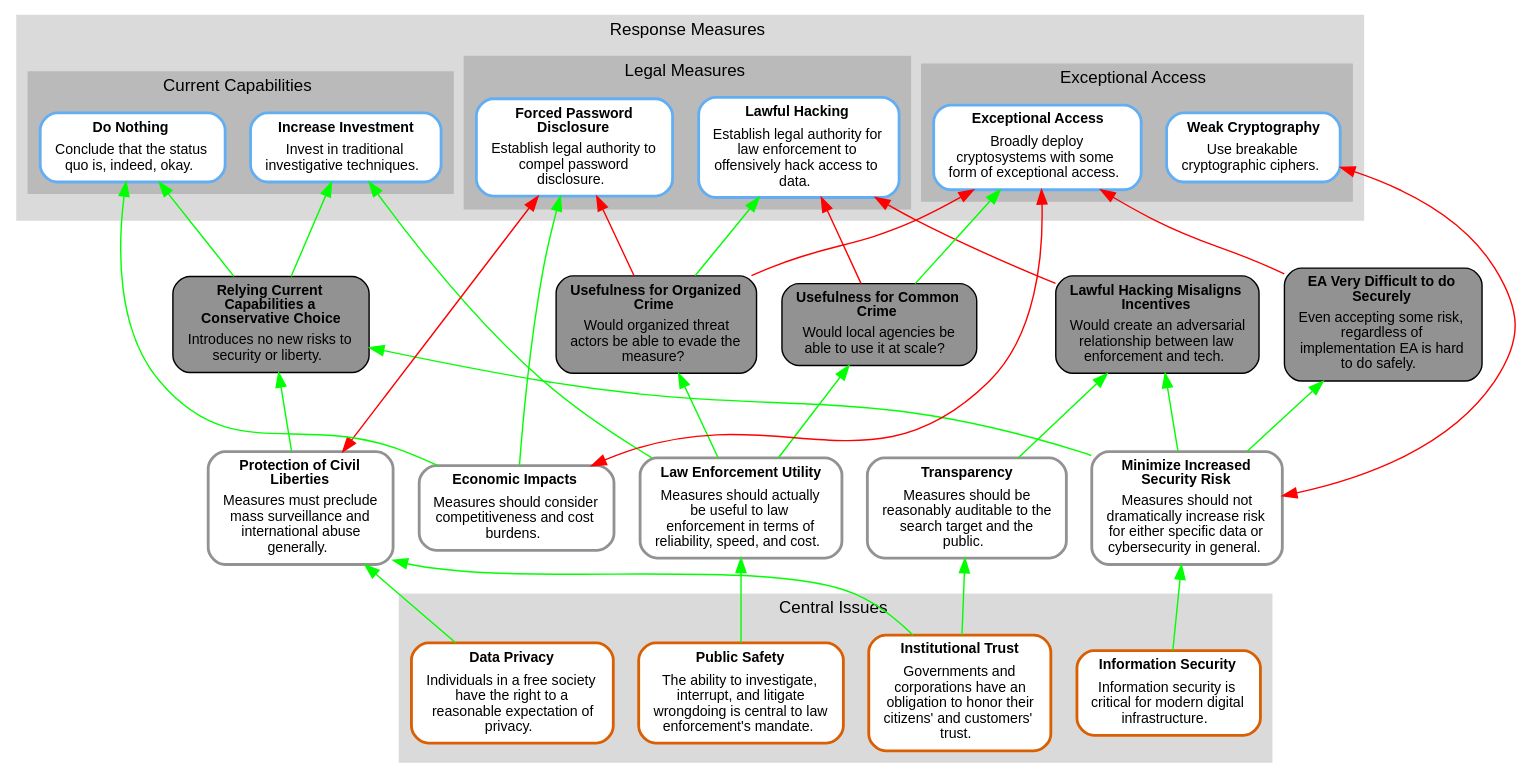
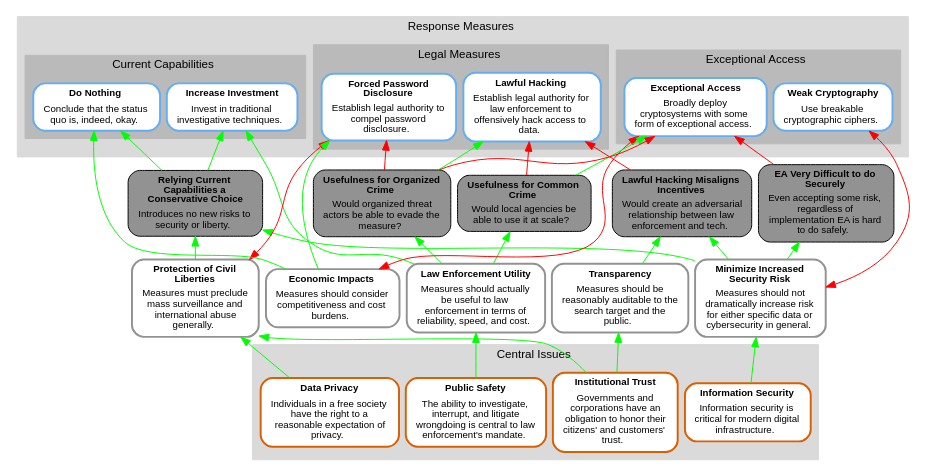
One commit to kkredit/confronting-wicked-crypto changed the diagram in articles/tots-ieee/figures/dot/comprehensive.measures.dot. Above: the diagram before and after it, drawn with Graphviz. The commit also changed 5 other files, not shown here.

Commit message:
modified dot files for more compact graphs

```diff
--- a/articles/tots-ieee/figures/dot/comprehensive.measures.dot
+++ b/articles/tots-ieee/figures/dot/comprehensive.measures.dot
@@ -1,10 +1,11 @@
 digraph "Argument Map" {
 
-ranksep = "0.7";
+ranksep = "0.25";
+nodesep = "0.1";
 rankdir = "BT";
 concentrate = "false";
-ratio = "auto";
-size = "10,10";
+ratio = "compress";
+size = "6,8.5";
 edge[arrowsize="1", penwidth="1"]graph [bgcolor = "transparent" ]
 subgraph cluster_1 {
   label = <<FONT FACE="arial" POINT-SIZE="12" COLOR="#000000">Central&#x20;Issues&#x20;</FONT>>;
```
